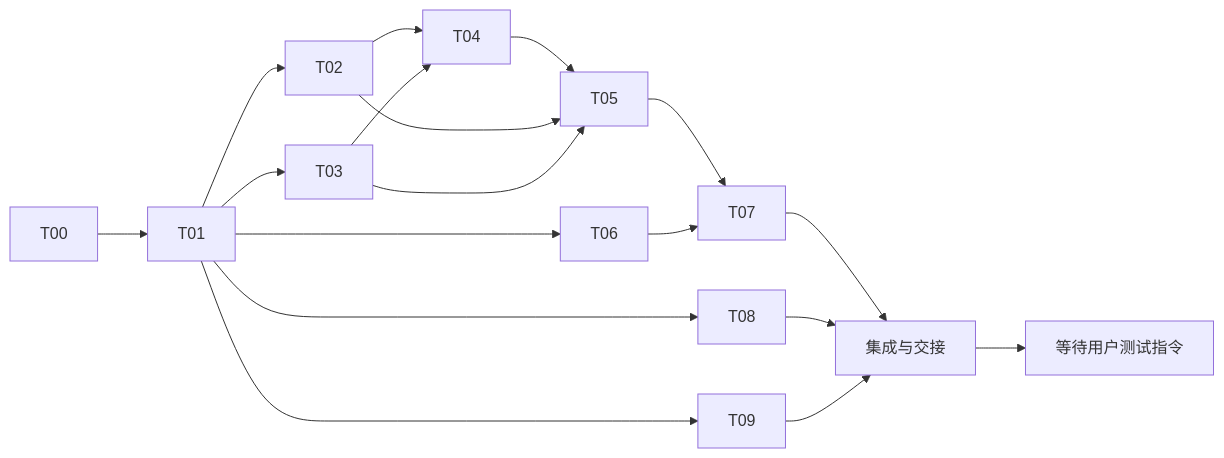
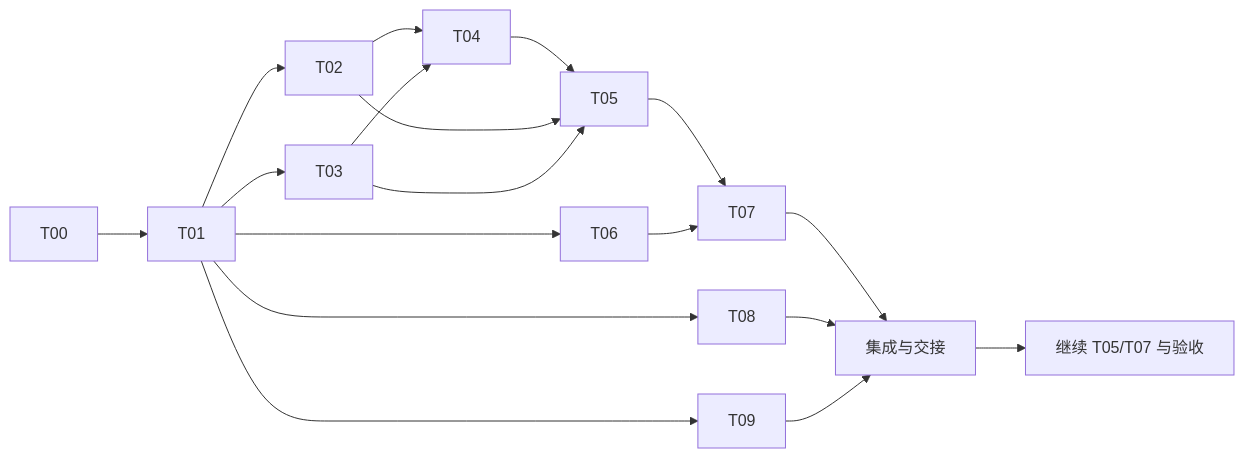
One commit to TuGou-a/enterprise-knowledge-qa-agent changed the diagram in docs/06-parallel-development-plan.md. Above: the diagram before and after it, drawn with Mermaid. The commit also changed other lines of this file and 9 other files, not shown here.

````diff
--- a/docs/06-parallel-development-plan.md
+++ b/docs/06-parallel-development-plan.md
@@ -63,20 +63,20 @@
 ```mermaid
 flowchart LR
     T00 --> T01
     T01 --> T02
     T01 --> T03
     T01 --> T06
     T01 --> T08
     T01 --> T09
     T02 --> T04
     T03 --> T04
     T04 --> T05
     T02 --> T05
     T03 --> T05
     T05 --> T07
     T06 --> T07
     T07 --> I[集成与交接]
     T08 --> I
     T09 --> I
-    I --> W[等待用户测试指令]
+    I --> W[继续 T05/T07 与验收]
 ```
````
